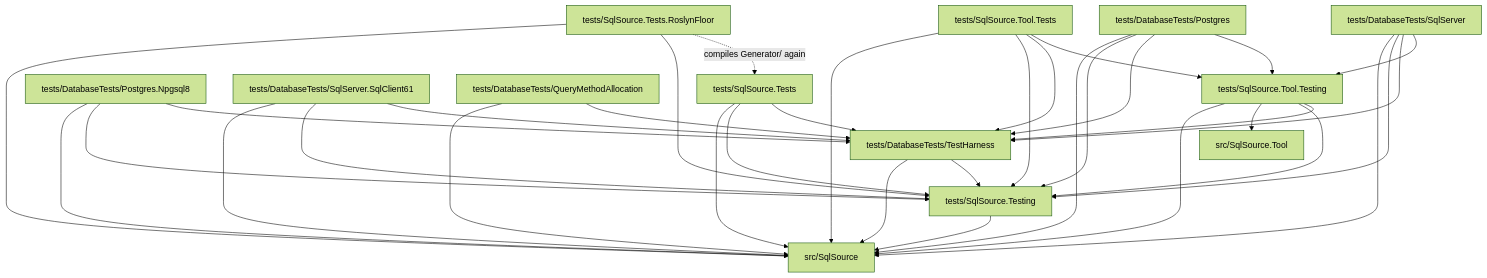
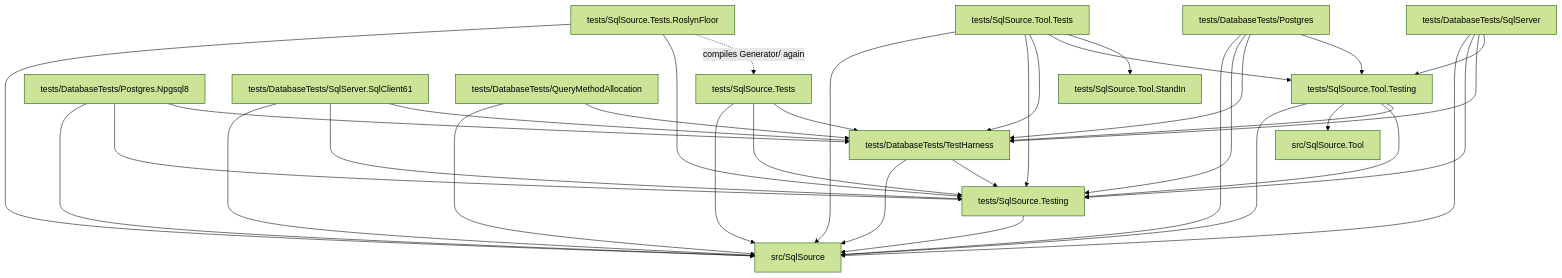
The diagram in tests/README.md (mbcrawfo/SqlSource), drawn with Mermaid (forest theme) before and after one commit. The commit also changed other lines of this file and 31 other files, not shown here.

First line of the commit message:
test(package): the online build against a stand-in of the tool

````diff
--- a/tests/README.md
+++ b/tests/README.md
@@ -61,50 +63,52 @@
 ```mermaid
 graph TD
     Generator["src/SqlSource"]
     Tool["src/SqlSource.Tool"]
     Tests["tests/SqlSource.Tests"]
     Floor["tests/SqlSource.Tests.RoslynFloor"]
     ToolTests["tests/SqlSource.Tool.Tests"]
     Postgres["tests/DatabaseTests/Postgres"]
     Npgsql8["tests/DatabaseTests/Postgres.Npgsql8"]
     SqlServer["tests/DatabaseTests/SqlServer"]
     SqlClient61["tests/DatabaseTests/SqlServer.SqlClient61"]
     Allocation["tests/DatabaseTests/QueryMethodAllocation"]
     Testing["tests/SqlSource.Testing"]
+    StandIn["tests/SqlSource.Tool.StandIn"]
     Harness["tests/DatabaseTests/TestHarness"]
     ToolTesting["tests/SqlSource.Tool.Testing"]
 
     Tests --> Generator
     Tests --> Testing
     Tests --> Harness
     Floor --> Generator
     Floor --> Testing
     Floor -.->|compiles Generator/ again| Tests
     ToolTests --> Generator
     ToolTests --> Testing
     ToolTests --> Harness
     ToolTests --> ToolTesting
+    ToolTests --> StandIn
     Postgres --> Generator
     Postgres --> Testing
     Postgres --> Harness
     Postgres --> ToolTesting
     Npgsql8 --> Generator
     Npgsql8 --> Testing
     Npgsql8 --> Harness
     SqlServer --> Generator
     SqlServer --> Testing
     SqlServer --> Harness
     SqlServer --> ToolTesting
     SqlClient61 --> Generator
     SqlClient61 --> Testing
     SqlClient61 --> Harness
     Allocation --> Generator
     Allocation --> Harness
     Harness --> Generator
     Harness --> Testing
     Testing --> Generator
     ToolTesting --> Generator
     ToolTesting --> Tool
     ToolTesting --> Testing
     ToolTesting --> Harness
 ```
````
